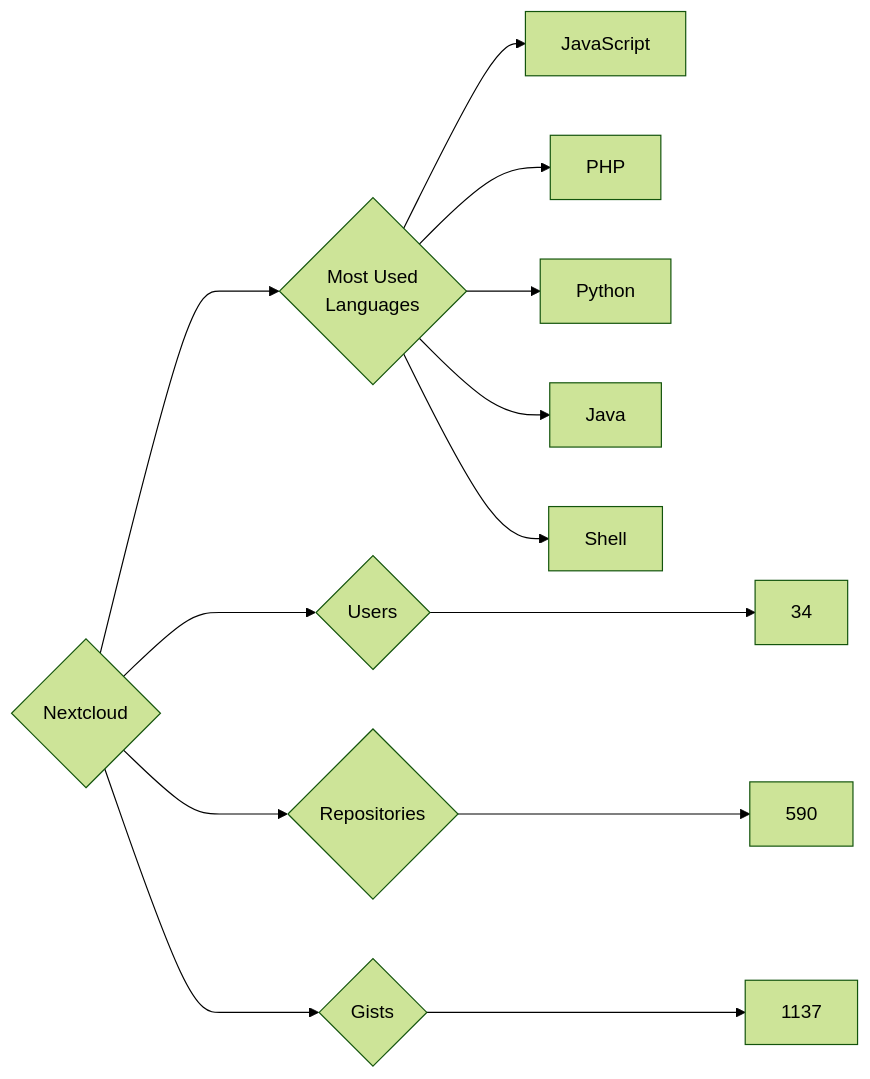
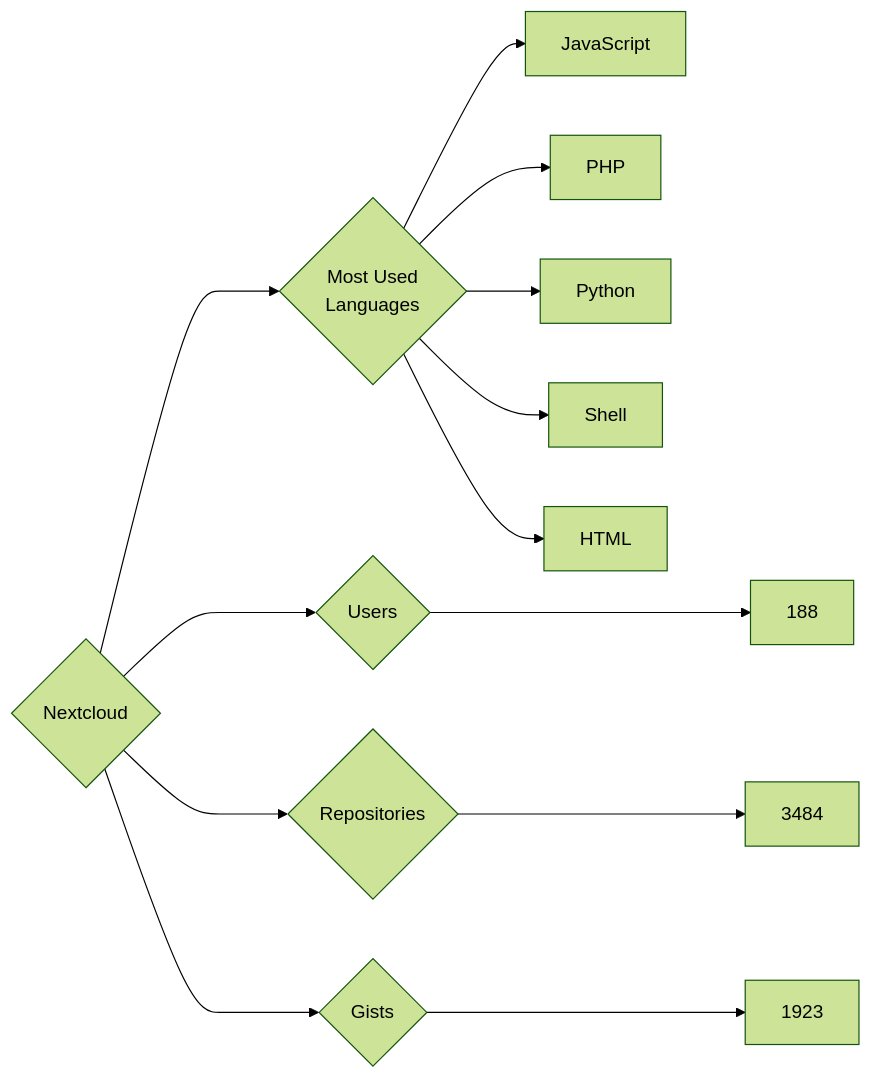
One commit to trickest/insiders changed the diagram in targets/Nextcloud/README.md. Above: the diagram before and after it, drawn with Mermaid (forest theme). The commit also changed 796 other files, not shown here.

````diff
--- a/targets/Nextcloud/README.md
+++ b/targets/Nextcloud/README.md
@@ -3,13 +3,13 @@
 ```mermaid
 graph LR
 COMPANY_NAME{Nextcloud}
-COMPANY_NAME ---> U{Users} ---> UN[34]
-COMPANY_NAME ---> R{Repositories} ---> RN[590]
-COMPANY_NAME ---> G{Gists} ---> GN[1137]
+COMPANY_NAME ---> U{Users} ---> UN[188]
+COMPANY_NAME ---> R{Repositories} ---> RN[3484]
+COMPANY_NAME ---> G{Gists} ---> GN[1923]
 COMPANY_NAME ---> ML{Most Used<br>Languages}
 ML --> JavaScript[JavaScript]
 ML --> PHP[PHP]
 ML --> Python[Python]
-ML --> Java[Java]
 ML --> Shell[Shell]
+ML --> HTML[HTML]
 ```
````
